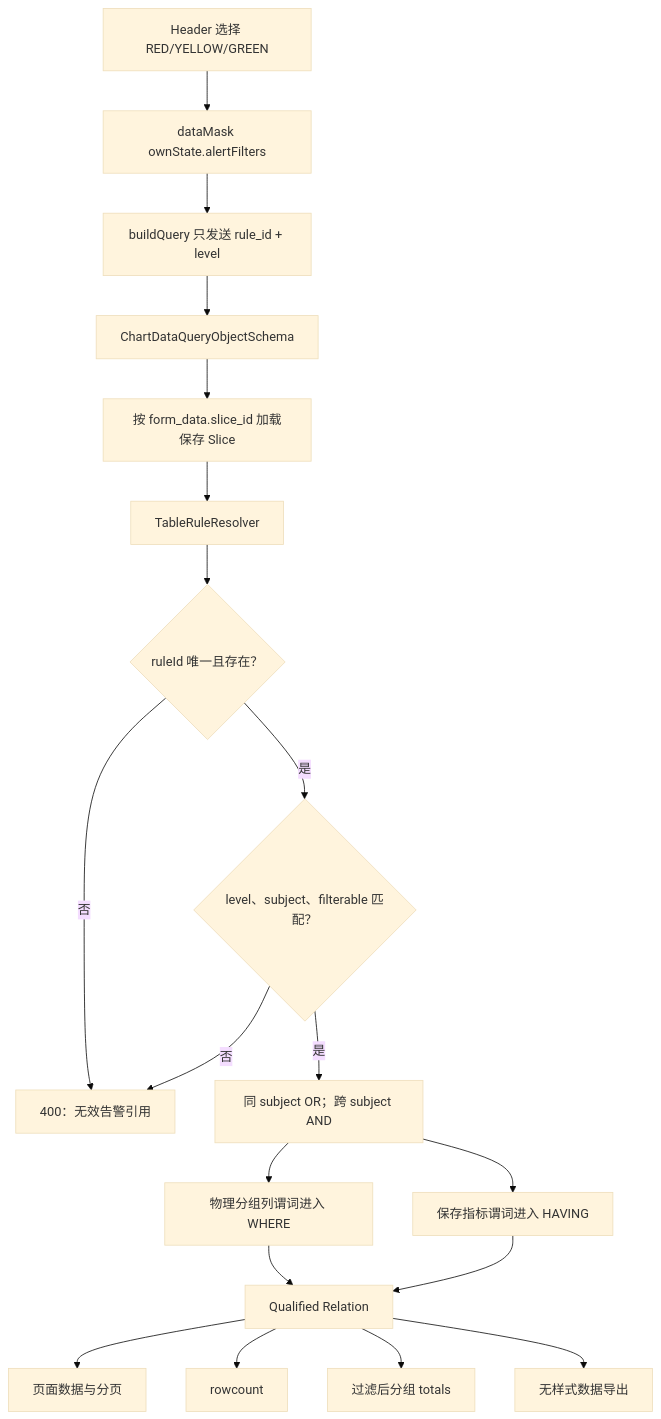
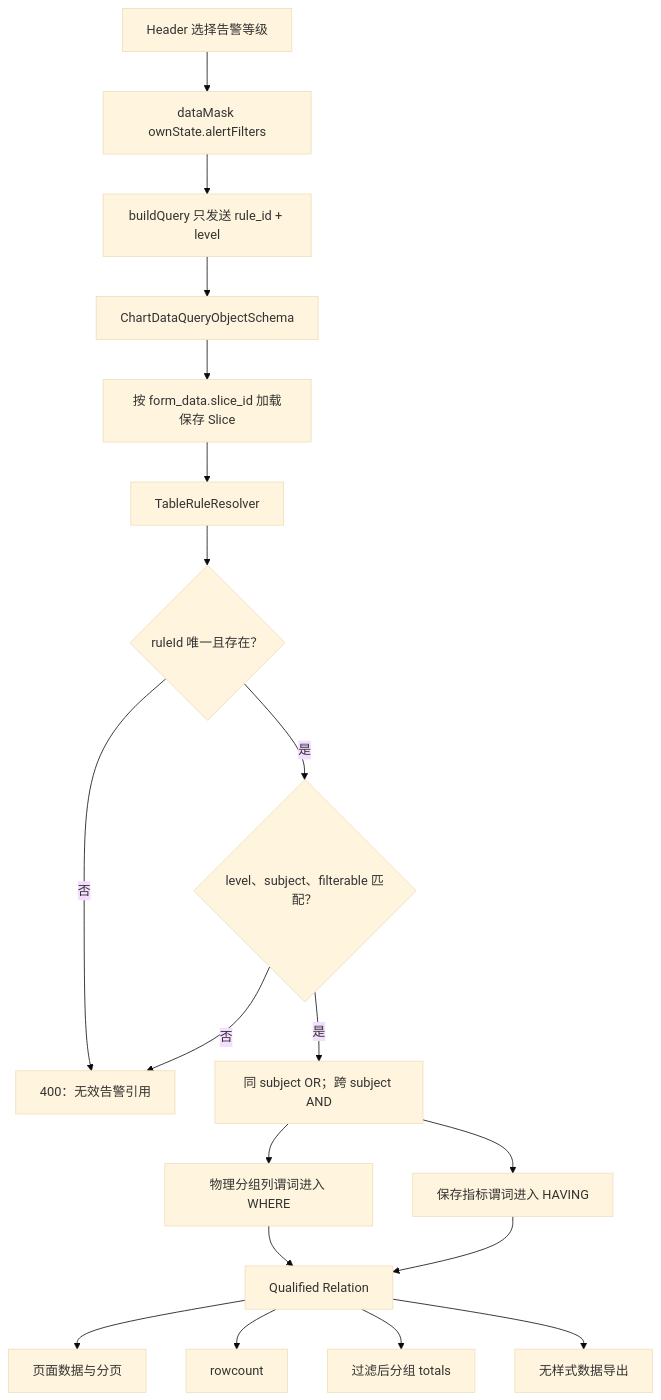
Before and after one commit to Percy-m/superset: the fourth of 11 diagrams in docs/designs/superset-data-quality-bi-implementation-plan.md, drawn with Mermaid (base theme). The commit also changed other lines of this file and 2 other files, not shown here.

Commit message:
docs(data-quality): archive compatibility as-built design

````diff
--- a/docs/designs/superset-data-quality-bi-implementation-plan.md
+++ b/docs/designs/superset-data-quality-bi-implementation-plan.md
@@ -390,21 +413,21 @@
 ```mermaid
 flowchart TD
-  UI["Header 选择 RED/YELLOW/GREEN"] --> DM["dataMask ownState.alertFilters"]
+  UI["Header 选择告警等级"] --> DM["dataMask ownState.alertFilters"]
   DM --> BQ["buildQuery 只发送 rule_id + level"]
   BQ --> SC["ChartDataQueryObjectSchema"]
   SC --> LOAD["按 form_data.slice_id 加载保存 Slice"]
   LOAD --> RES["TableRuleResolver"]
   RES --> V1{"ruleId 唯一且存在？"}
   V1 -- "否" --> E400["400：无效告警引用"]
   V1 -- "是" --> V2{"level、subject、filterable 匹配？"}
   V2 -- "否" --> E400
   V2 -- "是" --> GROUP["同 subject OR；跨 subject AND"]
   GROUP --> W["物理分组列谓词进入 WHERE"]
   GROUP --> H["保存指标谓词进入 HAVING"]
   W --> QR["Qualified Relation"]
   H --> QR
   QR --> DATA["页面数据与分页"]
   QR --> COUNT["rowcount"]
   QR --> TOTAL["过滤后分组 totals"]
   QR --> DOWNLOAD["无样式数据导出"]
 ```
````
